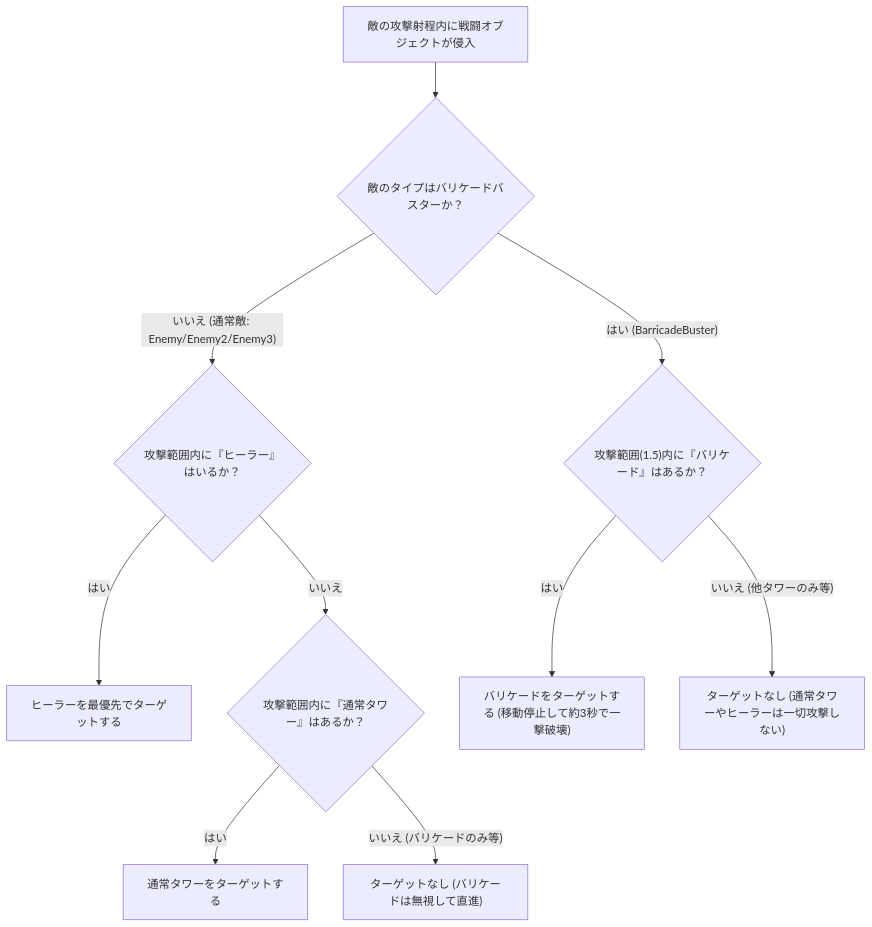
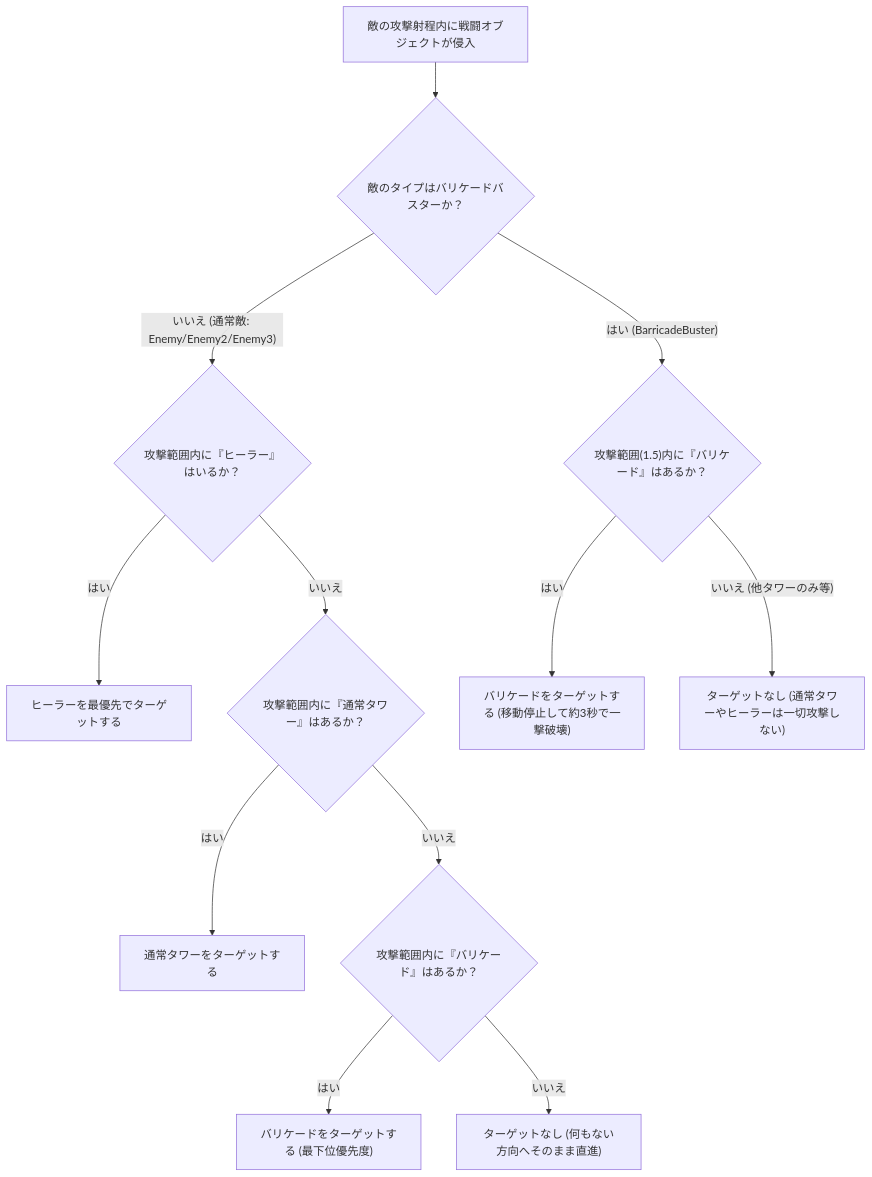
One commit to sunaiw/4th_PJ changed the fourth of 8 diagrams in ゲームバランス調整用仕様書.md. Above: the diagram before and after it, drawn with Mermaid. The commit also changed other lines of this file and 7 other files, not shown here.

````diff
--- a/ゲームバランス調整用仕様書.md
+++ b/ゲームバランス調整用仕様書.md
@@ -339,14 +367,16 @@
 ```mermaid
 flowchart TD
     A["敵の攻撃射程内に戦闘オブジェクトが侵入"] --> B{"敵のタイプはバリケードバスターか？"}
 
     B -- "いいえ (通常敵: Enemy/Enemy2/Enemy3)" --> C{"攻撃範囲内に『ヒーラー』はいるか？"}
     C -- "はい" --> TargetHealer["ヒーラーを最優先でターゲットする"]
     C -- "いいえ" --> D{"攻撃範囲内に『通常タワー』はあるか？"}
     D -- "はい" --> TargetTower["通常タワーをターゲットする"]
-    D -- "いいえ (バリケードのみ等)" --> IgnoreT["ターゲットなし (バリケードは無視して直進)"]
+    D -- "いいえ" --> G{"攻撃範囲内に『バリケード』はあるか？"}
+    G -- "はい" --> TargetBarricadeLow["バリケードをターゲットする (最下位優先度)"]
+    G -- "いいえ" --> IgnoreT["ターゲットなし (何もない方向へそのまま直進)"]
 
     B -- "はい (BarricadeBuster)" --> E{"攻撃範囲(1.5)内に『バリケード』はあるか？"}
     E -- "はい" --> TargetBarricade["バリケードをターゲットする (移動停止して約3秒で一撃破壊)"]
     E -- "いいえ (他タワーのみ等)" --> IgnoreB["ターゲットなし (通常タワーやヒーラーは一切攻撃しない)"]
 ```
````
